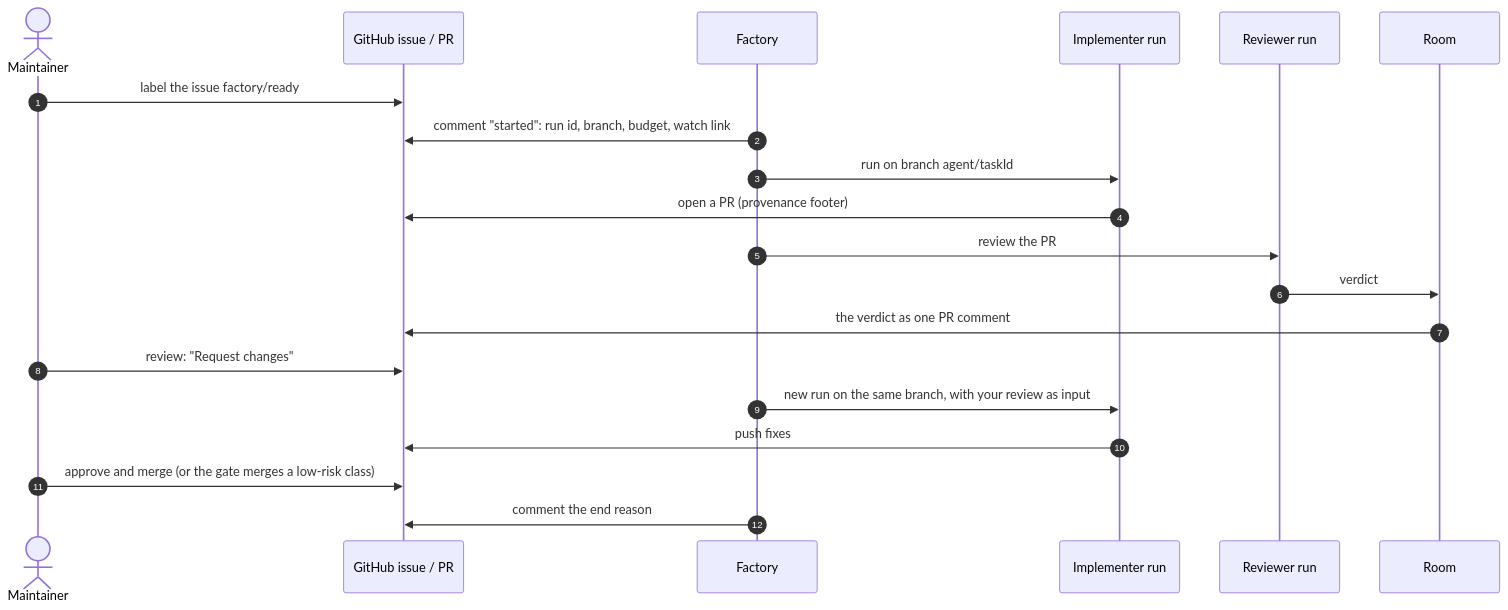
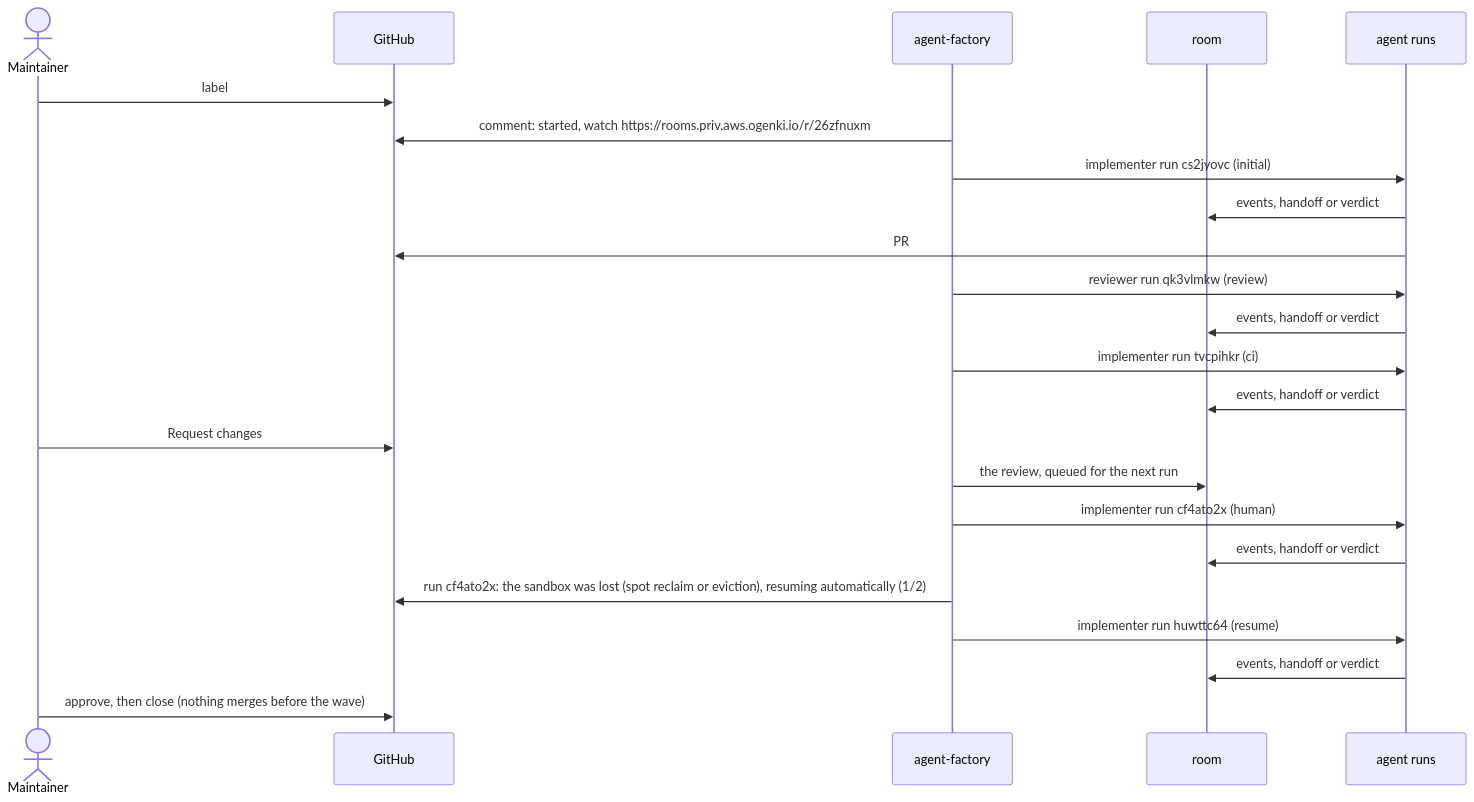
One commit to Smana/cloud-native-ref changed the diagram in website/content/docs/platform/ai-platform/agents/user-guide.md. Above: the diagram before and after it, drawn with Mermaid. The commit also changed other lines of this file and 3 other files, not shown here.

First line of the commit message:
docs(agent-factory): what happens to a task, from the live walkthrough

````diff
--- a/website/content/docs/platform/ai-platform/agents/user-guide.md
+++ b/website/content/docs/platform/ai-platform/agents/user-guide.md
@@ -43,22 +75,25 @@
 ```mermaid
 sequenceDiagram
-  autonumber
   actor M as Maintainer
-  participant GH as GitHub issue / PR
-  participant F as Factory
-  participant I as Implementer run
-  participant R as Reviewer run
-  participant RM as Room
-  M->>GH: label the issue factory/ready
-  F->>GH: comment "started": run id, branch, budget, watch link
-  F->>I: run on branch agent/taskId
-  I->>GH: open a PR (provenance footer)
-  F->>R: review the PR
-  R->>RM: verdict
-  RM->>GH: the verdict as one PR comment
-  M->>GH: review: "Request changes"
-  F->>I: new run on the same branch, with your review as input
-  I->>GH: push fixes
-  M->>GH: approve and merge (or the gate merges a low-risk class)
-  F->>GH: comment the end reason
+  participant GH as GitHub
+  participant F as agent-factory
+  participant R as room
+  participant A as agent runs
+  M->>GH: label #2238 factory/ready
+  F->>GH: comment: started, watch https://rooms.priv.aws.ogenki.io/r/26zfnuxm
+  F->>A: implementer run cs2jyovc (initial)
+  A->>R: events, handoff or verdict
+  A->>GH: PR #2239
+  F->>A: reviewer run qk3vlmkw (review)
+  A->>R: events, handoff or verdict
+  F->>A: implementer run tvcpihkr (ci)
+  A->>R: events, handoff or verdict
+  M->>GH: Request changes
+  F->>R: the review, queued for the next run
+  F->>A: implementer run cf4ato2x (human)
+  A->>R: events, handoff or verdict
+  F->>GH: run cf4ato2x: the sandbox was lost (spot reclaim or eviction), resuming automatically (1/2)
+  F->>A: implementer run huwttc64 (resume)
+  A->>R: events, handoff or verdict
+  M->>GH: approve, then close (nothing merges before the wave)
 ```
````
